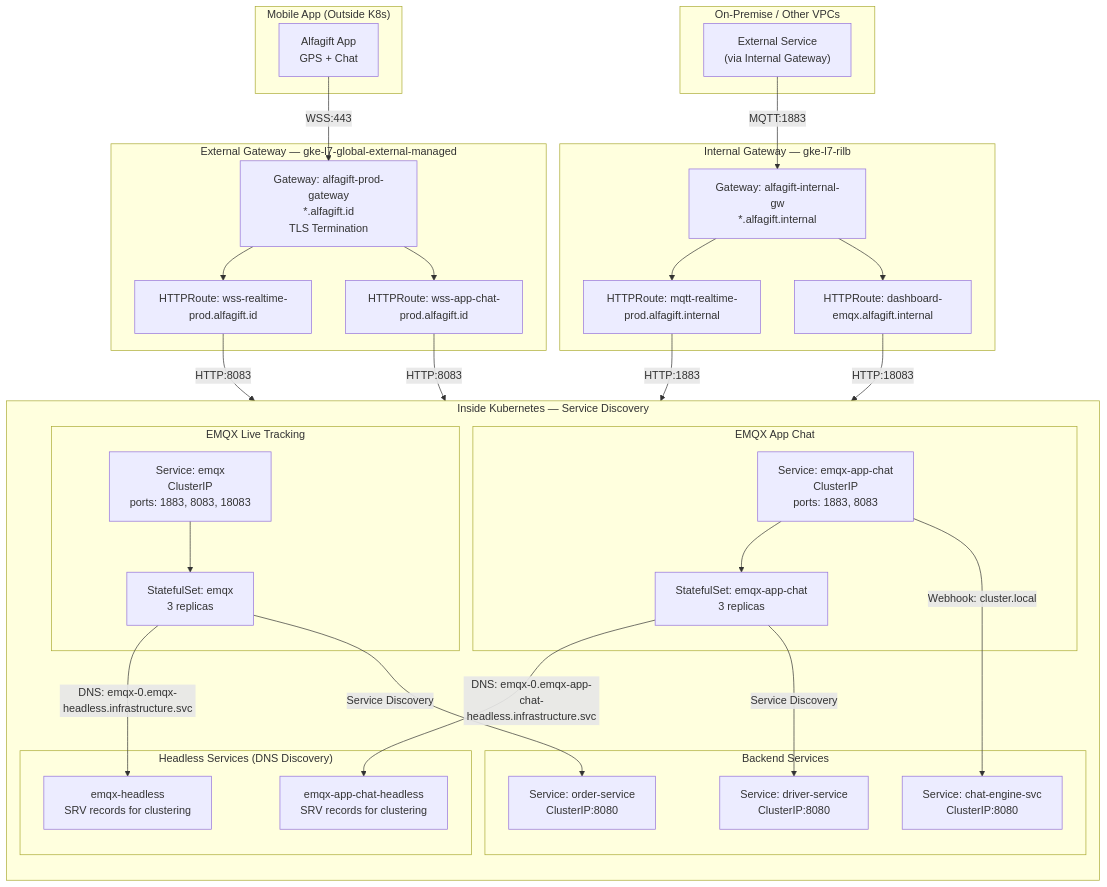
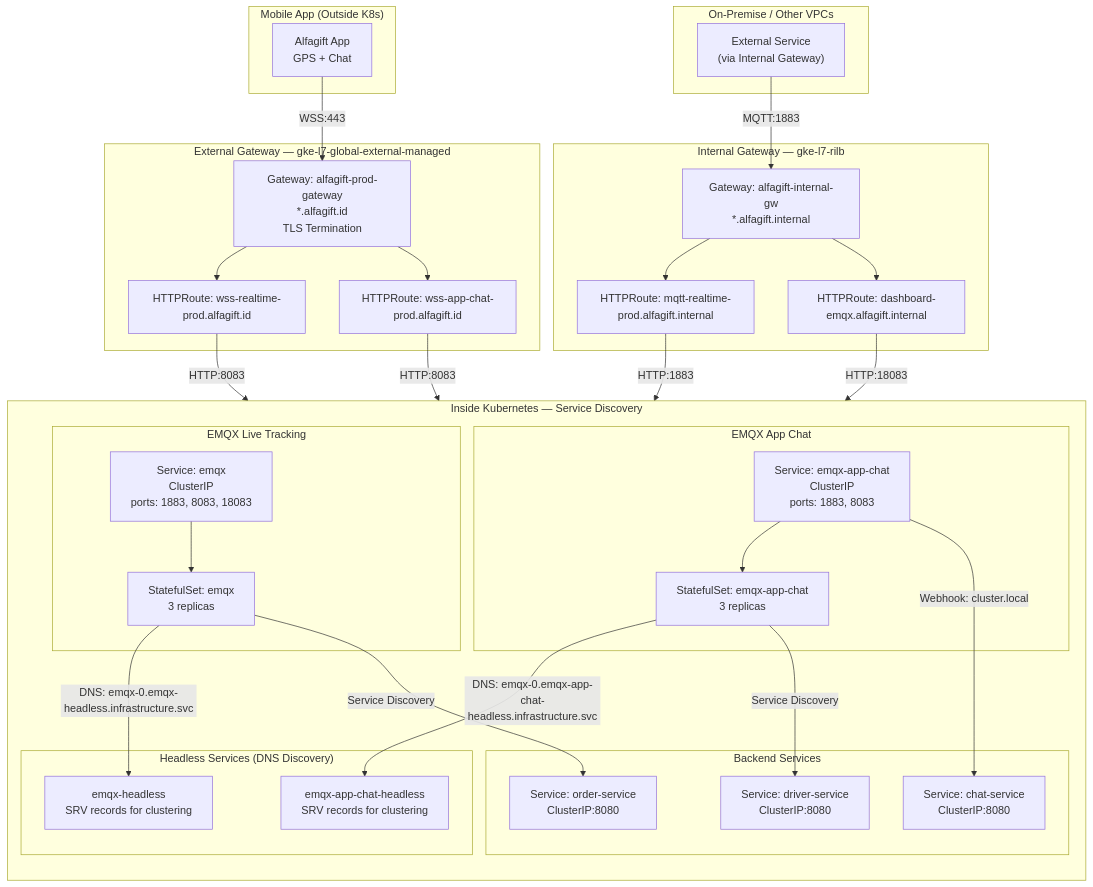
The third of 5 diagrams in src/content/docs/04-conferences/kcd-indonesia-2026/presentation-draft.md (ahmadnurhidayat/docs), drawn with Mermaid before and after one commit. The commit also changed other lines of this file and 1 other file, not shown here.

First line of the commit message:
feat(kcd-indonesia-2026): rename chat-engine service to chat-service

````diff
--- a/src/content/docs/04-conferences/kcd-indonesia-2026/presentation-draft.md
+++ b/src/content/docs/04-conferences/kcd-indonesia-2026/presentation-draft.md
@@ -114,64 +114,64 @@
 ```mermaid
 flowchart TB
     subgraph MOBILE["Mobile App (Outside K8s)"]
         APP["Alfagift App<br/>GPS + Chat"]
     end
 
     subgraph EXTERNAL["External Gateway — gke-l7-global-external-managed"]
         EXT_GW["Gateway: alfagift-prod-gateway<br/>*.alfagift.id<br/>TLS Termination"]
         EXT_ROUTE_1["HTTPRoute: wss-realtime-prod.alfagift.id"]
         EXT_ROUTE_2["HTTPRoute: wss-app-chat-prod.alfagift.id"]
     end
 
     subgraph INTERNAL["Internal Gateway — gke-l7-rilb"]
         INT_GW["Gateway: alfagift-internal-gw<br/>*.alfagift.internal"]
         INT_ROUTE_1["HTTPRoute: mqtt-realtime-prod.alfagift.internal"]
         INT_ROUTE_2["HTTPRoute: dashboard-emqx.alfagift.internal"]
     end
 
     subgraph K8S["Inside Kubernetes — Service Discovery"]
         direction TB
         subgraph EMQX_LIVE["EMQX Live Tracking"]
             SVC_LIVE["Service: emqx<br/>ClusterIP<br/>ports: 1883, 8083, 18083"]
             STS_LIVE["StatefulSet: emqx<br/>3 replicas"]
         end
         subgraph EMQX_CHAT["EMQX App Chat"]
             SVC_CHAT["Service: emqx-app-chat<br/>ClusterIP<br/>ports: 1883, 8083"]
             STS_CHAT["StatefulSet: emqx-app-chat<br/>3 replicas"]
         end
         subgraph BACKEND["Backend Services"]
-            CHAT_ENGINE["Service: chat-engine-svc<br/>ClusterIP:8080"]
+            CHAT_ENGINE["Service: chat-service<br/>ClusterIP:8080"]
             ORDER_SVC["Service: order-service<br/>ClusterIP:8080"]
             DRIVER_SVC["Service: driver-service<br/>ClusterIP:8080"]
         end
         subgraph HEADLESS["Headless Services (DNS Discovery)"]
             HD_LIVE["emqx-headless<br/>SRV records for clustering"]
             HD_CHAT["emqx-app-chat-headless<br/>SRV records for clustering"]
         end
     end
 
     subgraph ON_PREM["On-Premise / Other VPCs"]
         EXT_SVC["External Service<br/>(via Internal Gateway)"]
     end
 
     APP -->|"WSS:443"| EXT_GW
     EXT_GW --> EXT_ROUTE_1
     EXT_GW --> EXT_ROUTE_2
     EXT_ROUTE_1 -->|"HTTP:8083"| SVC_LIVE
     EXT_ROUTE_2 -->|"HTTP:8083"| SVC_CHAT
 
     EXT_SVC -->|"MQTT:1883"| INT_GW
     INT_GW --> INT_ROUTE_1
     INT_GW --> INT_ROUTE_2
     INT_ROUTE_1 -->|"HTTP:1883"| SVC_LIVE
     INT_ROUTE_2 -->|"HTTP:18083"| SVC_CHAT
 
     SVC_LIVE --> STS_LIVE
     SVC_CHAT --> STS_CHAT
     STS_LIVE -->|"DNS: emqx-0.emqx-headless.infrastructure.svc"| HD_LIVE
     STS_CHAT -->|"DNS: emqx-0.emqx-app-chat-headless.infrastructure.svc"| HD_CHAT
 
     SVC_CHAT -->|"Webhook: cluster.local"| CHAT_ENGINE
     STS_LIVE -->|"Service Discovery"| ORDER_SVC
     STS_CHAT -->|"Service Discovery"| DRIVER_SVC
 ```
````
